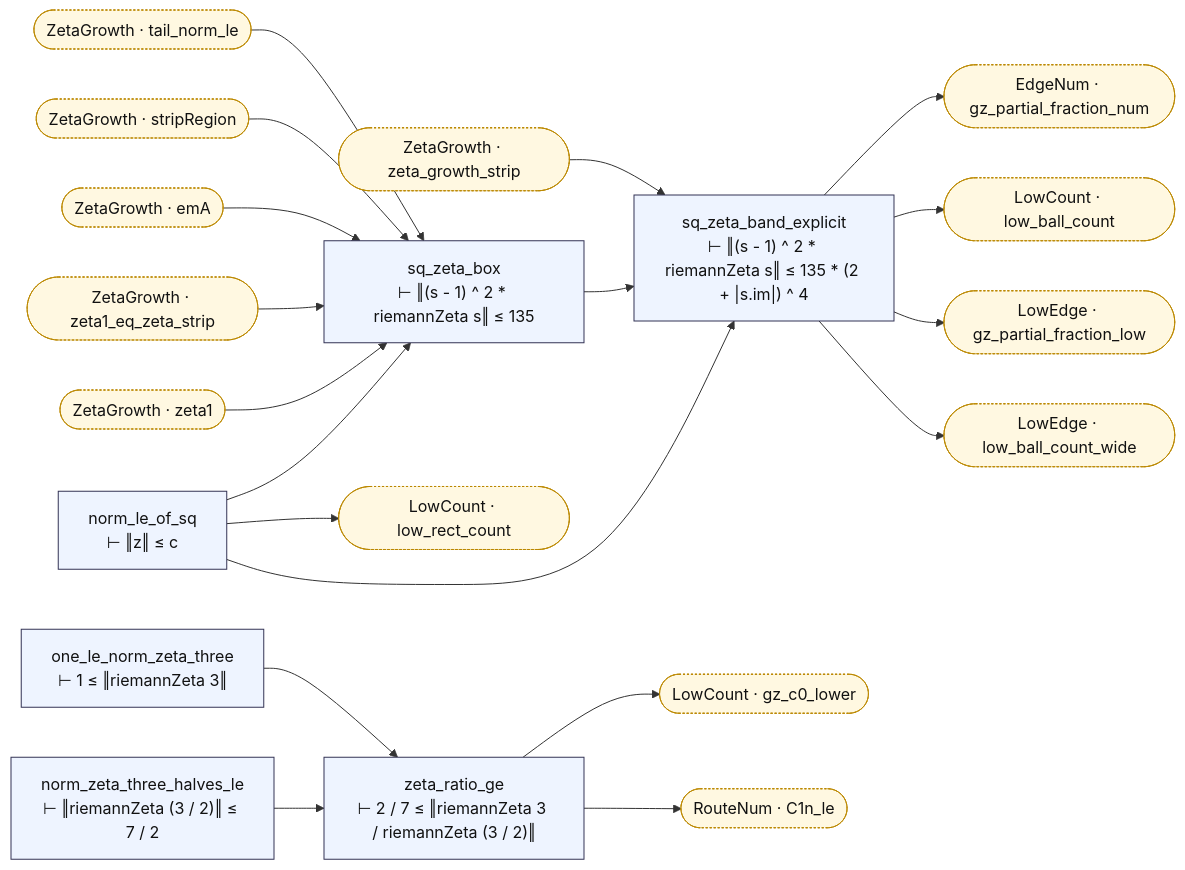
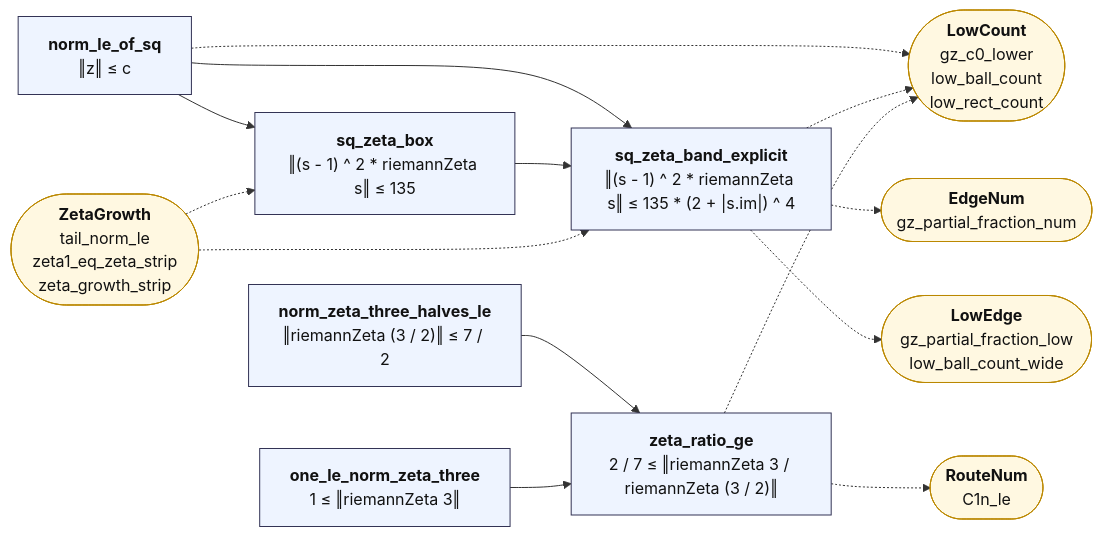
The diagram in map/lean_stage3/BoxBounds.md (juliansambranojr/Primebeat_081426), drawn with Mermaid before and after one commit. The commit also changed other lines of this file and 387 other files, not shown here.

````diff
--- a/map/lean_stage3/BoxBounds.md
+++ b/map/lean_stage3/BoxBounds.md
@@ -8,46 +12,32 @@
 ```mermaid
 flowchart LR
-  n0["norm_le_of_sq<br/>⊢ ‖z‖ ≤ c"]:::thm
-  n1["sq_zeta_box<br/>⊢ ‖(s - 1) ^ 2 * riemannZeta s‖ ≤ 135"]:::thm
-  n2["sq_zeta_band_explicit<br/>⊢ ‖(s - 1) ^ 2 * riemannZeta s‖ ≤ 135 * (2 + |s.im|) ^ 4"]:::thm
-  n3["norm_zeta_three_halves_le<br/>⊢ ‖riemannZeta (3 / 2)‖ ≤ 7 / 2"]:::thm
-  n4["one_le_norm_zeta_three<br/>⊢ 1 ≤ ‖riemannZeta 3‖"]:::thm
-  n5["zeta_ratio_ge<br/>⊢ 2 / 7 ≤ ‖riemannZeta 3 / riemannZeta (3 / 2)‖"]:::thm
-  x0(["EdgeNum · gz_partial_fraction_num"]):::ext
-  x1(["LowCount · gz_c0_lower"]):::ext
-  x2(["LowCount · low_ball_count"]):::ext
-  x3(["LowCount · low_rect_count"]):::ext
-  x4(["LowEdge · gz_partial_fraction_low"]):::ext
-  x5(["LowEdge · low_ball_count_wide"]):::ext
-  x6(["RouteNum · C1n_le"]):::ext
-  x7(["ZetaGrowth · emA"]):::ext
-  x8(["ZetaGrowth · stripRegion"]):::ext
-  x9(["ZetaGrowth · tail_norm_le"]):::ext
-  x10(["ZetaGrowth · zeta1"]):::ext
-  x11(["ZetaGrowth · zeta1_eq_zeta_strip"]):::ext
-  x12(["ZetaGrowth · zeta_growth_strip"]):::ext
+  n0["<b>norm_le_of_sq</b><br/>‖z‖ ≤ c"]:::thm
+  n1["<b>sq_zeta_box</b><br/>‖(s - 1) ^ 2 * riemannZeta s‖ ≤ 135"]:::thm
+  n2["<b>sq_zeta_band_explicit</b><br/>‖(s - 1) ^ 2 * riemannZeta s‖ ≤ 135 * (2 + |s.im|) ^ 4"]:::thm
+  n3["<b>norm_zeta_three_halves_le</b><br/>‖riemannZeta (3 / 2)‖ ≤ 7 / 2"]:::thm
+  n4["<b>one_le_norm_zeta_three</b><br/>1 ≤ ‖riemannZeta 3‖"]:::thm
+  n5["<b>zeta_ratio_ge</b><br/>2 / 7 ≤ ‖riemannZeta 3 / riemannZeta (3 / 2)‖"]:::thm
+  x0(["<b>LowCount</b><br/>gz_c0_lower<br/>low_ball_count<br/>low_rect_count"]):::ext
+  x1(["<b>ZetaGrowth</b><br/>tail_norm_le<br/>zeta1_eq_zeta_strip<br/>zeta_growth_strip"]):::ext
+  x2(["<b>EdgeNum</b><br/>gz_partial_fraction_num"]):::ext
+  x3(["<b>LowEdge</b><br/>gz_partial_fraction_low<br/>low_ball_count_wide"]):::ext
+  x4(["<b>RouteNum</b><br/>C1n_le"]):::ext
   n0 --> n1
   n0 --> n2
-  n0 --> x3
   n1 --> n2
-  n2 --> x0
-  n2 --> x2
-  n2 --> x4
-  n2 --> x5
   n3 --> n5
   n4 --> n5
-  n5 --> x1
-  n5 --> x6
-  x10 --> n1
-  x11 --> n1
-  x12 --> n2
-  x7 --> n1
-  x8 --> n1
-  x9 --> n1
+  n0 -.-> x0
+  n2 -.-> x0
+  n2 -.-> x2
+  n2 -.-> x3
+  n5 -.-> x0
+  n5 -.-> x4
+  x1 -.-> n1
+  x1 -.-> n2
   classDef thm fill:#eef4ff,stroke:#335,color:#111
-  classDef dfn fill:#f2f2f2,stroke:#777,color:#111
   classDef end_ fill:#e7f7e7,stroke:#2a7,color:#111,stroke-width:2px
   classDef lone fill:#fff,stroke:#999,color:#111,stroke-dasharray:4 3
   classDef bad fill:#ffe5e5,stroke:#c22,color:#111,stroke-width:2px
-  classDef ext fill:#fff8e1,stroke:#b80,color:#111,stroke-dasharray:2 2
+  classDef ext fill:#fff8e1,stroke:#b80,color:#111
 ```
````
